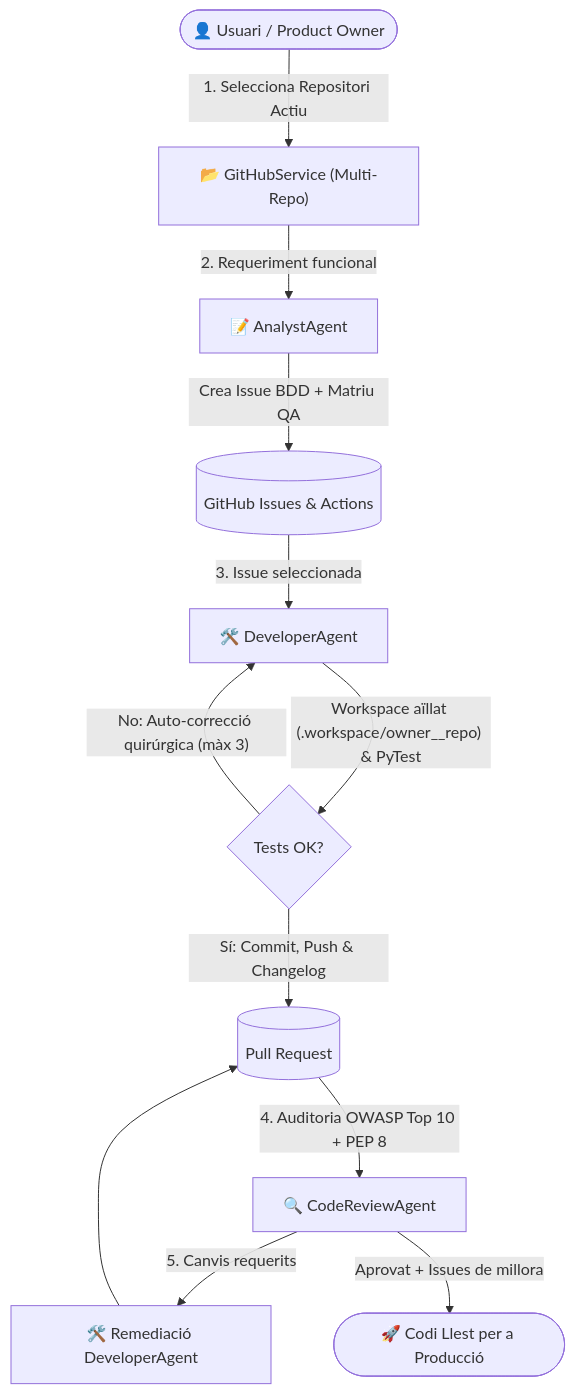
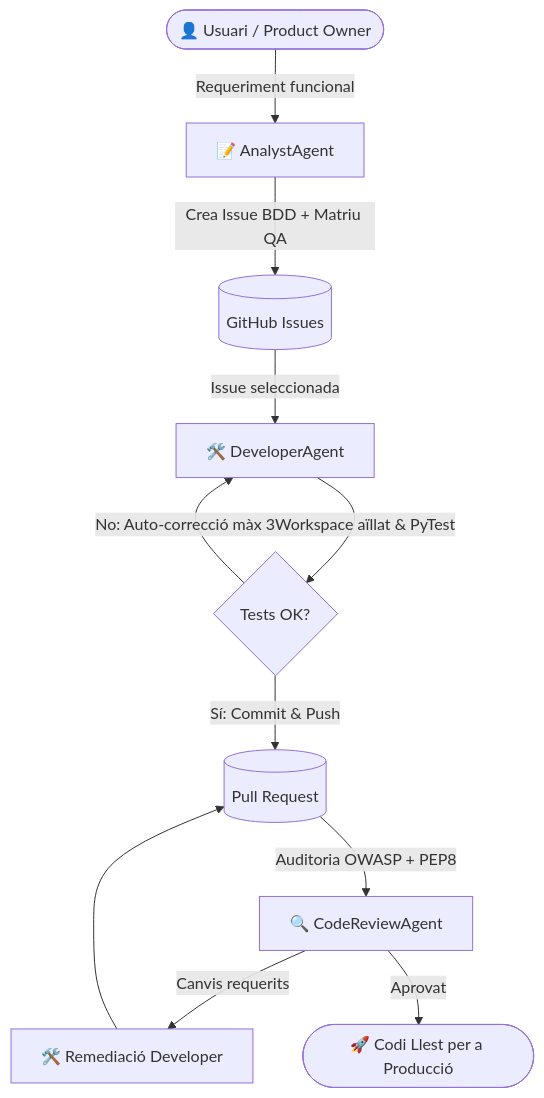
One commit to emasnou/ai-developer-agent changed the diagram in README.md. Above: the diagram before and after it, drawn with Mermaid. The commit also changed other lines of this file and 8 other files, not shown here.

````diff
--- a/README.md
+++ b/README.md
@@ -11,14 +11,13 @@
 ```mermaid
 flowchart TD
-    User(["👤 Usuari / Product Owner"]) -->|"1. Selecciona Repositori Actiu"| RepoSel["📂 GitHubService (Multi-Repo)"]
-    RepoSel -->|"2. Requeriment funcional"| Analyst["📝 AnalystAgent"]
-    Analyst -->|"Crea Issue BDD + Matriu QA"| GitHub[("GitHub Issues & Actions")]
-    GitHub -->|"3. Issue seleccionada"| Developer["🛠️ DeveloperAgent"]
-    Developer -->|"Workspace aïllat (.workspace/owner__repo) & PyTest"| DevLoop{"Tests OK?"}
-    DevLoop -->|"No: Auto-correcció quirúrgica (màx 3)"| Developer
-    DevLoop -->|"Sí: Commit, Push & Changelog"| PR[("Pull Request")]
-    PR -->|"4. Auditoria OWASP Top 10 + PEP 8"| Reviewer["🔍 CodeReviewAgent"]
-    Reviewer -->|"5. Canvis requerits"| Remediate["🛠️ Remediació DeveloperAgent"]
-    Reviewer -->|"Aprovat + Issues de millora"| Done(["🚀 Codi Llest per a Producció"])
+    User([👤 Usuari / Product Owner]) -->|Requeriment funcional| Analyst[📝 AnalystAgent]
+    Analyst -->|Crea Issue BDD + Matriu QA| GitHub[(GitHub Issues)]
+    GitHub -->|Issue seleccionada| Developer[🛠️ DeveloperAgent]
+    Developer -->|Workspace aïllat & PyTest| DevLoop{Tests OK?}
+    DevLoop -->|No: Auto-correcció màx 3| Developer
+    DevLoop -->|Sí: Commit & Push| PR[(Pull Request)]
+    PR -->|Auditoria OWASP + PEP8| Reviewer[🔍 CodeReviewAgent]
+    Reviewer -->|Canvis requerits| Remediate[🛠️ Remediació Developer]
+    Reviewer -->|Aprovat| Done([🚀 Codi Llest per a Producció])
     Remediate --> PR
 ```
````
